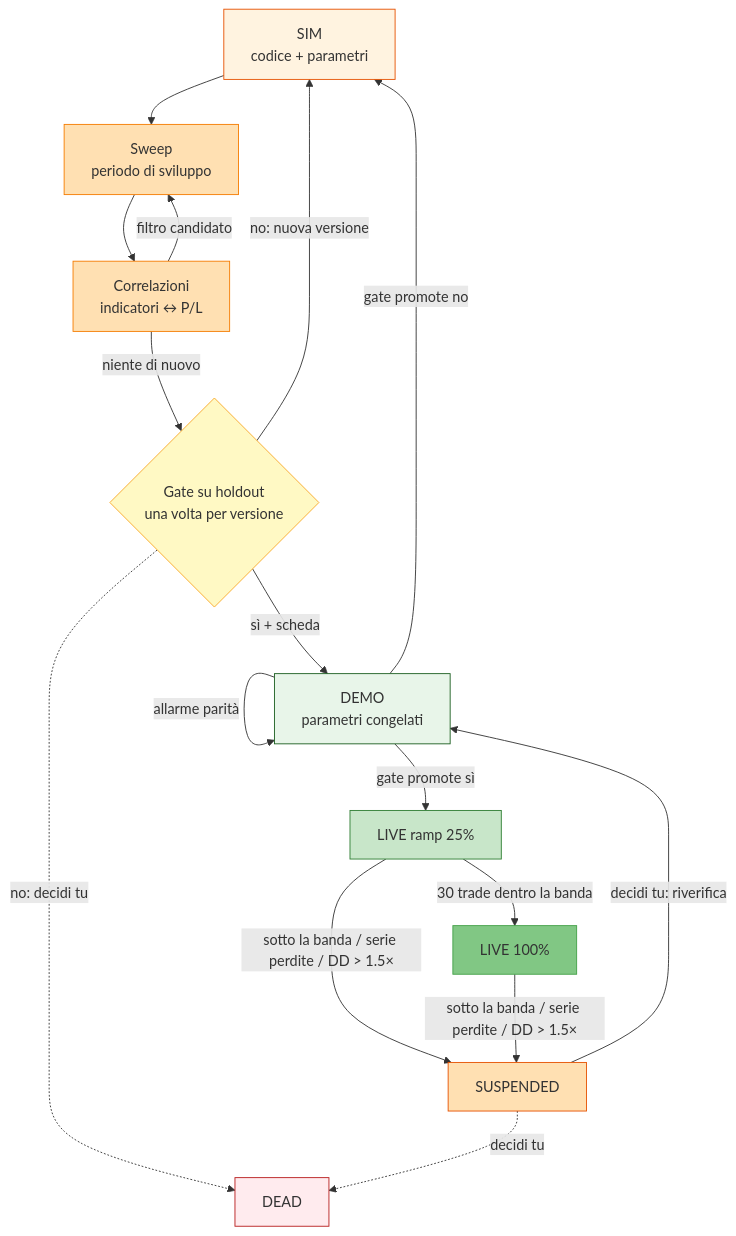
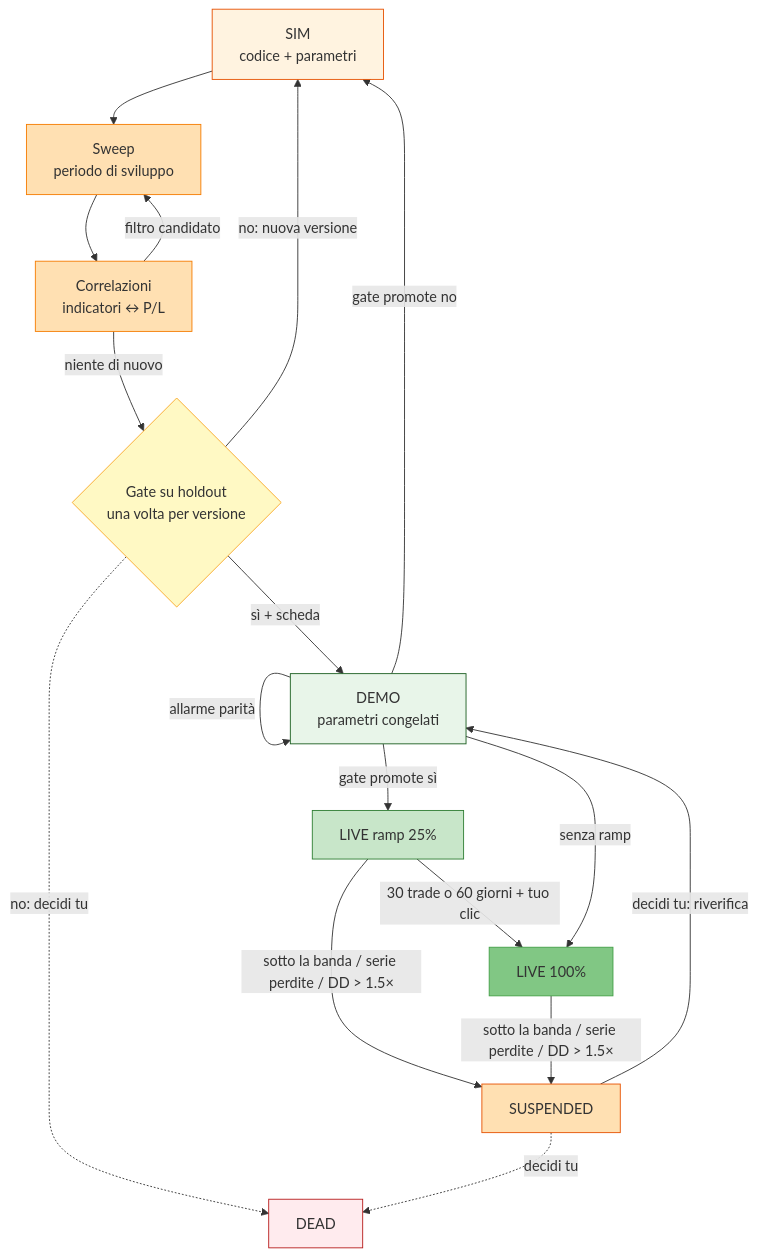
Before and after one commit to rrambaldi/parity-deriva: the diagram in docs/trading_strategy_process.md, drawn with Mermaid. The commit also changed other lines of this file and 2 other files, not shown here.

Commit message:
docs: D2 the ramp is the user's choice at start, ends at 30 trades or 60 days, full size by a click with no trade open; D8 demo on slow timeframes passes with 10 trades after 90 days

````diff
--- a/docs/trading_strategy_process.md
+++ b/docs/trading_strategy_process.md
@@ -251,28 +253,29 @@
 ```mermaid
 flowchart TD
     A[SIM<br/>codice + parametri] --> B[Sweep<br/>periodo di sviluppo]
     B --> C[Correlazioni<br/>indicatori ↔ P/L]
     C -->|filtro candidato| B
     C -->|niente di nuovo| D{Gate su holdout<br/>una volta per versione}
     D -->|no: nuova versione| A
     D -.->|no: decidi tu| X[DEAD]
     D -->|sì + scheda| E[DEMO<br/>parametri congelati]
     E -->|allarme parità| E
     E -->|gate promote no| A
     E -->|gate promote sì| F[LIVE ramp 25%]
-    F -->|30 trade dentro la banda| G[LIVE 100%]
+    F -->|30 trade o 60 giorni + tuo clic| G[LIVE 100%]
+    E -->|senza ramp| G
     F -->|sotto la banda / serie perdite / DD > 1.5×| S[SUSPENDED]
     G -->|sotto la banda / serie perdite / DD > 1.5×| S
     S -->|decidi tu: riverifica| E
     S -.->|decidi tu| X
 
     style A fill:#fff3e0,stroke:#e65100
     style B fill:#ffe0b2,stroke:#f57c00
     style C fill:#ffe0b2,stroke:#f57c00
     style D fill:#fff9c4,stroke:#f9a825
     style E fill:#e8f5e9,stroke:#1b5e20
     style F fill:#c8e6c9,stroke:#2e7d32
     style G fill:#81c784,stroke:#43a047
     style S fill:#ffe0b2,stroke:#e65100
     style X fill:#ffebee,stroke:#b71c1c
 ```
````
